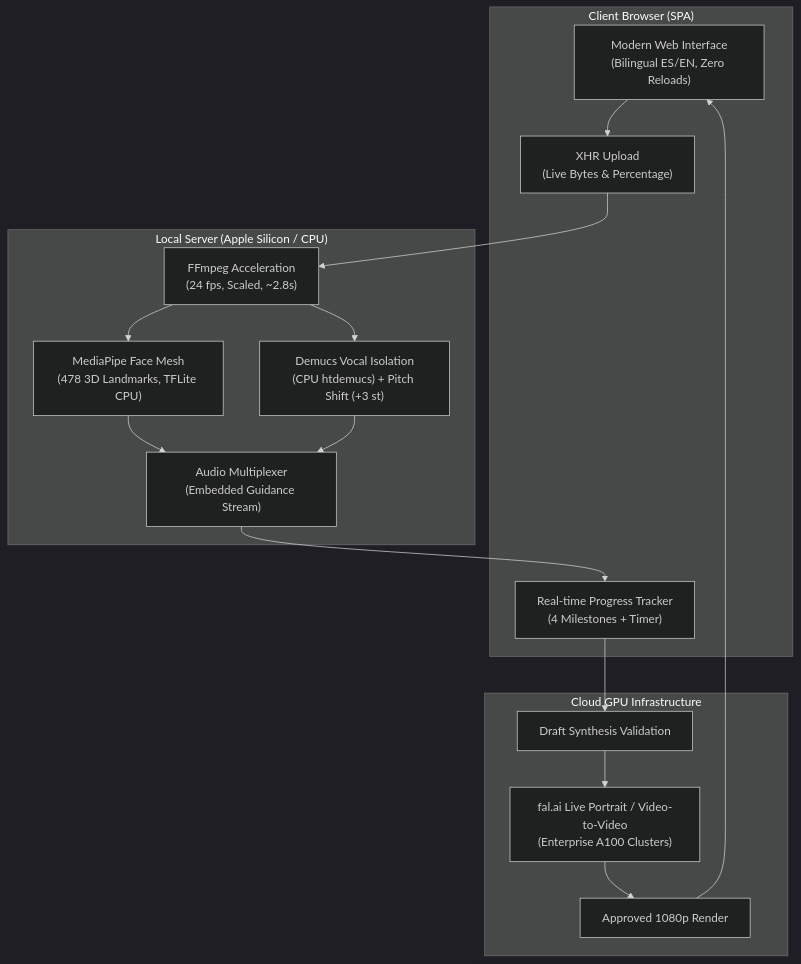
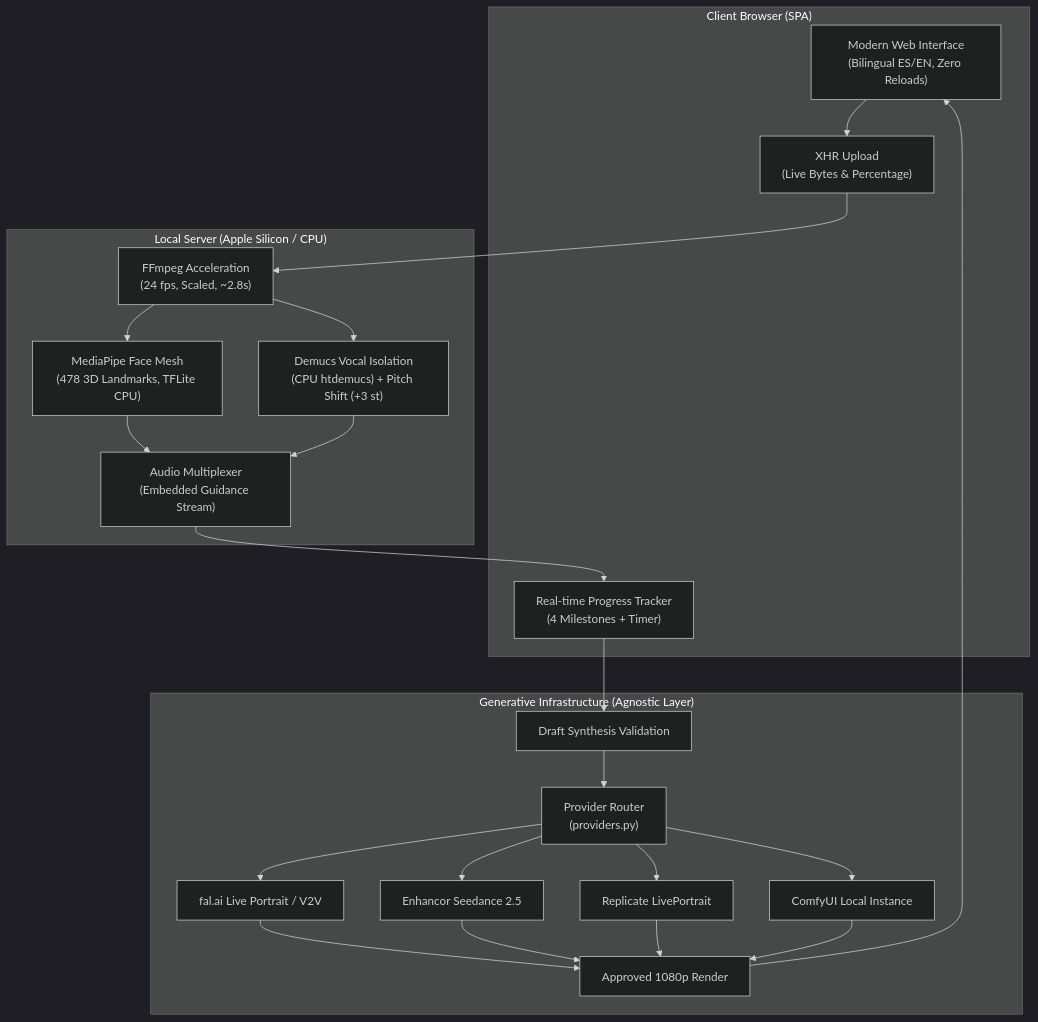
Before and after one commit to tBeltty/studiotbelt: the diagram in docs/ARCHITECTURE.md, drawn with Mermaid (dark theme). The commit also changed other lines of this file and 9 other files, not shown here.

Commit message:
feat: make generation engine provider-agnostic with in-app settings and onboarding

````diff
--- a/docs/ARCHITECTURE.md
+++ b/docs/ARCHITECTURE.md
@@ -11,30 +11,35 @@
 ```mermaid
 flowchart TD
     subgraph Client ["Client Browser (SPA)"]
         UI["Modern Web Interface\n(Bilingual ES/EN, Zero Reloads)"]
         Upload["XHR Upload\n(Live Bytes & Percentage)"]
         Tracker["Real-time Progress Tracker\n(4 Milestones + Timer)"]
     end
 
     subgraph Local ["Local Server (Apple Silicon / CPU)"]
         Norm["FFmpeg Acceleration\n(24 fps, Scaled, ~2.8s)"]
         Mesh["MediaPipe Face Mesh\n(478 3D Landmarks, TFLite CPU)"]
         Audio["Demucs Vocal Isolation\n(CPU htdemucs) + Pitch Shift (+3 st)"]
         Mux["Audio Multiplexer\n(Embedded Guidance Stream)"]
     end
 
-    subgraph Cloud ["Cloud GPU Infrastructure"]
-        Fal["fal.ai Live Portrait / Video-to-Video\n(Enterprise A100 Clusters)"]
+    subgraph Cloud ["Generative Infrastructure (Agnostic Layer)"]
+        Router["Provider Router\n(providers.py)"]
+        Fal["fal.ai Live Portrait / V2V"]
+        Enhancor["Enhancor Seedance 2.5"]
+        Replicate["Replicate LivePortrait"]
+        Comfy["ComfyUI Local Instance"]
         Draft["Draft Synthesis Validation"]
         HD["Approved 1080p Render"]
     end
 
     UI --> Upload --> Norm
     Norm --> Mesh
     Norm --> Audio
     Mesh & Audio --> Mux
     Mux --> Tracker
-    Tracker --> Draft --> Fal
-    Fal --> HD
+    Tracker --> Draft --> Router
+    Router --> Fal & Enhancor & Replicate & Comfy
+    Fal & Enhancor & Replicate & Comfy --> HD
     HD --> UI
 ```
````
